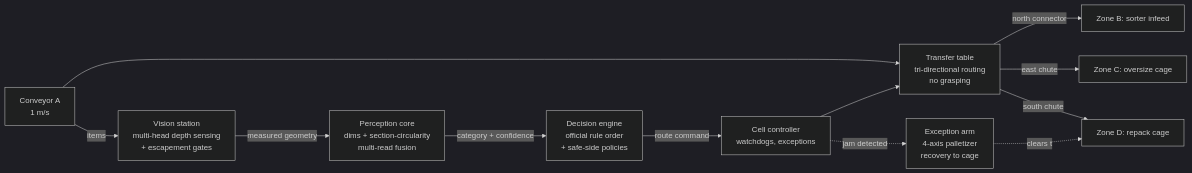
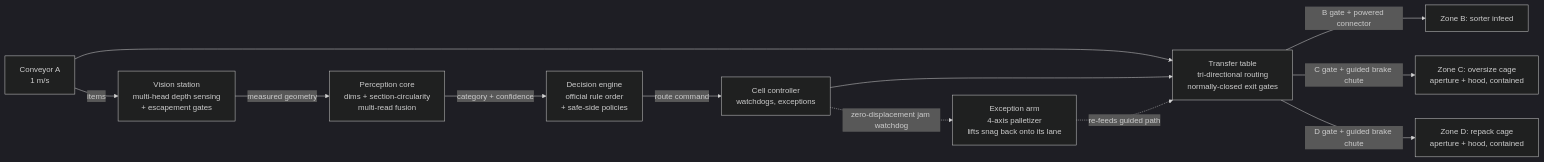
One commit to richizam/ozone-tech_yosolo_487 changed the diagram in README.md. Above: the diagram before and after it, drawn with Mermaid (dark theme). The commit also changed other lines of this file and 15 other files, not shown here.

````diff
--- a/README.md
+++ b/README.md
@@ -34,14 +34,14 @@
 ```mermaid
 flowchart LR
     A[Conveyor A<br/>1 m/s] -->|items| VS[Vision station<br/>multi-head depth sensing<br/>+ escapement gates]
     VS -->|measured geometry| PC[Perception core<br/>dims + section-circularity<br/>multi-read fusion]
     PC -->|category + confidence| DE[Decision engine<br/>official rule order<br/>+ safe-side policies]
     DE -->|route command| CTRL[Cell controller<br/>watchdogs, exceptions]
-    A --> TT[Transfer table<br/>tri-directional routing<br/>no grasping]
+    A --> TT[Transfer table<br/>tri-directional routing<br/>normally-closed exit gates]
     CTRL --> TT
-    TT -->|north connector| B[Zone B: sorter infeed]
-    TT -->|east chute| C[Zone C: oversize cage]
-    TT -->|south chute| D[Zone D: repack cage]
-    CTRL -.jam detected.-> ARM[Exception arm<br/>4-axis palletizer<br/>recovery to cage]
-    ARM -.clears to.-> D
+    TT -->|B gate + powered connector| B[Zone B: sorter infeed]
+    TT -->|C gate + guided brake chute| C[Zone C: oversize cage<br/>aperture + hood, contained]
+    TT -->|D gate + guided brake chute| D[Zone D: repack cage<br/>aperture + hood, contained]
+    CTRL -.zero-displacement jam watchdog.-> ARM[Exception arm<br/>4-axis palletizer<br/>lifts snag back onto its lane]
+    ARM -.re-feeds guided path.-> TT
 ```
````
